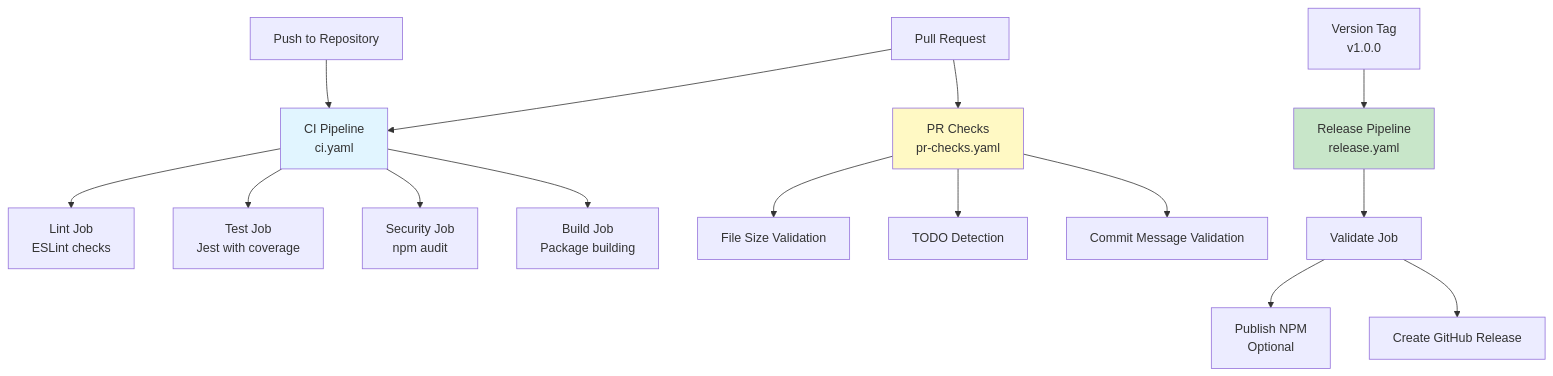
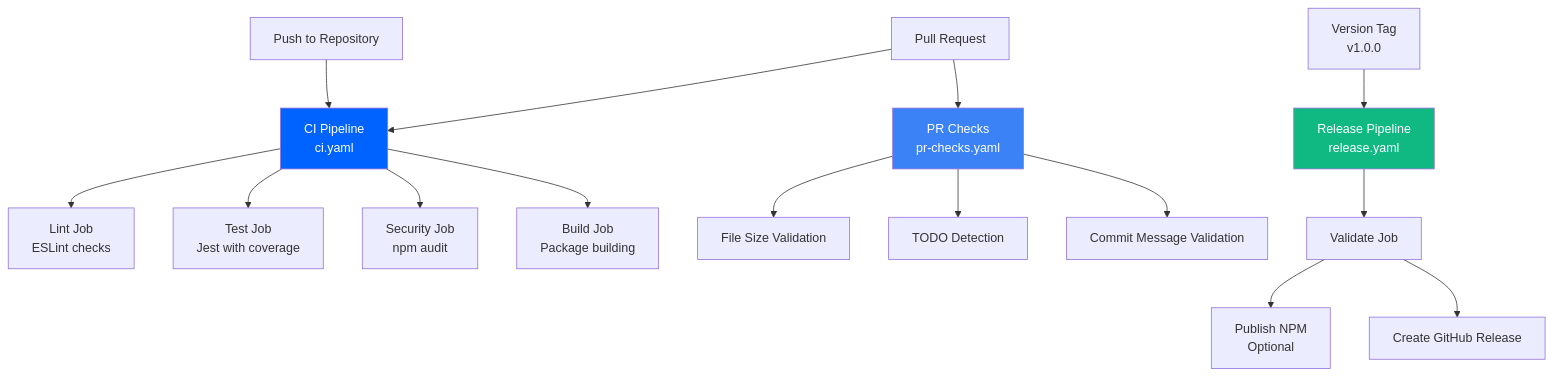
The first of 2 diagrams in docs/GITHUB-WORKFLOWS.md (esystemsdev/aifabrix-builder), drawn with Mermaid before and after one commit. The commit also changed other lines of this file and 9 other files, not shown here.

````diff
--- a/docs/GITHUB-WORKFLOWS.md
+++ b/docs/GITHUB-WORKFLOWS.md
@@ -18,24 +18,24 @@
 ```mermaid
 flowchart TD
     Push[Push to Repository] --> CI[CI Pipeline<br/>ci.yaml]
     PR[Pull Request] --> CI
     
     CI --> Lint[Lint Job<br/>ESLint checks]
     CI --> Test[Test Job<br/>Jest with coverage]
     CI --> Security[Security Job<br/>npm audit]
     CI --> Build[Build Job<br/>Package building]
     
     Tag[Version Tag<br/>v1.0.0] --> Release[Release Pipeline<br/>release.yaml]
     Release --> Validate[Validate Job]
     Validate --> PublishNPM[Publish NPM<br/>Optional]
     Validate --> CreateRelease[Create GitHub Release]
     
     PR --> PRChecks[PR Checks<br/>pr-checks.yaml]
     PRChecks --> FileSize[File Size Validation]
     PRChecks --> TODO[TODO Detection]
     PRChecks --> CommitMsg[Commit Message Validation]
     
-    style CI fill:#e1f5ff
-    style Release fill:#c8e6c9
-    style PRChecks fill:#fff9c4
+    style CI fill:#0062FF,color:#FFFFFF
+    style Release fill:#10B981,color:#FFFFFF
+    style PRChecks fill:#3B82F6,color:#FFFFFF
 ```
````
